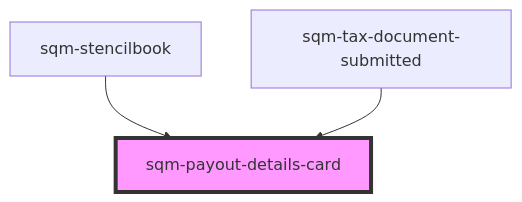
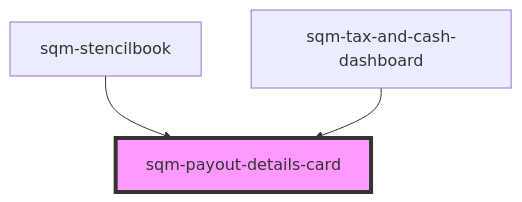
Before and after one commit to saasquatch/program-tools: the diagram in packages/mint-components/src/components/tax-and-cash/sqm-payout-details-card/readme.md, drawn with Mermaid. The commit also changed other lines of this file and 13 other files, not shown here.

Commit message:
Renamed files, imports, stories, specs of TaxDocumentSubmitted to TaxAndCashDashboard

````diff
--- a/packages/mint-components/src/components/tax-and-cash/sqm-payout-details-card/readme.md
+++ b/packages/mint-components/src/components/tax-and-cash/sqm-payout-details-card/readme.md
@@ -23,6 +23,6 @@
 ```mermaid
 graph TD;
   sqm-stencilbook --> sqm-payout-details-card
-  sqm-tax-document-submitted --> sqm-payout-details-card
+  sqm-tax-and-cash-dashboard --> sqm-payout-details-card
   style sqm-payout-details-card fill:#f9f,stroke:#333,stroke-width:4px
 ```
````
